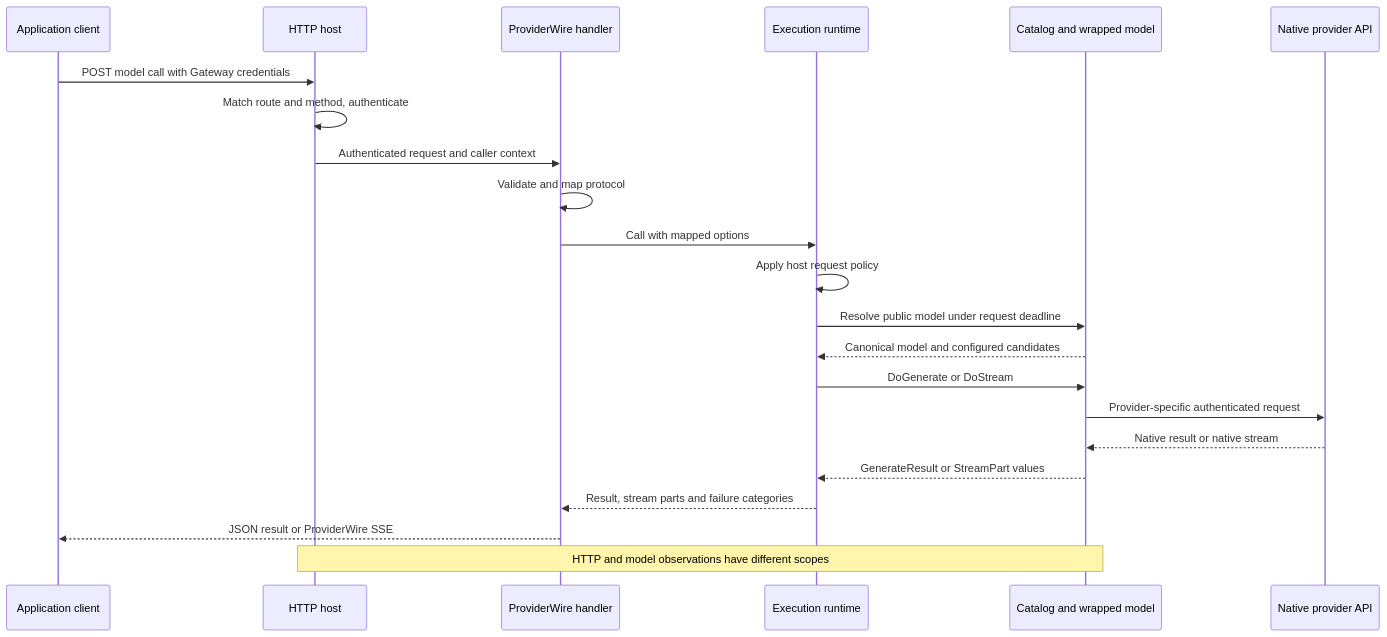
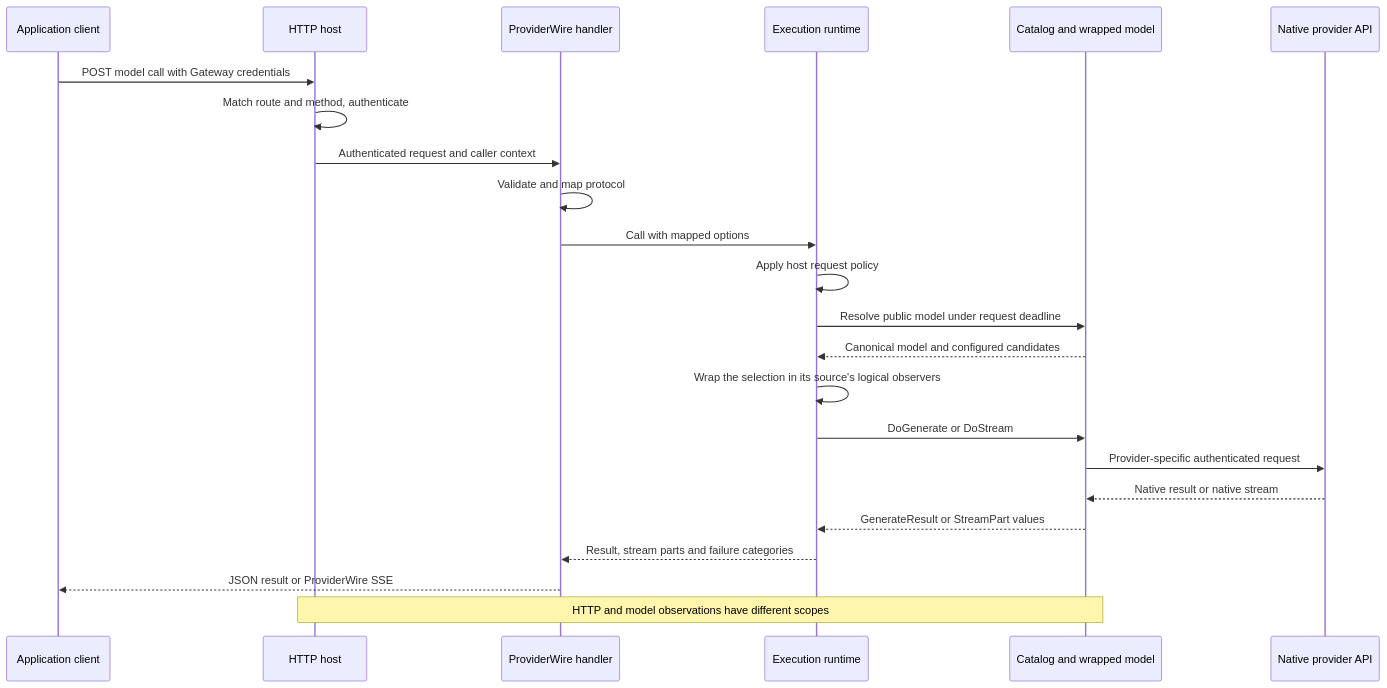
Before and after one commit to grafana/ai-sdk: the second of 3 diagrams in docs/concepts/gateway-architecture.md, drawn with Mermaid. The commit also changed other lines of this file and 32 other files, not shown here.

````diff
--- a/docs/concepts/gateway-architecture.md
+++ b/docs/concepts/gateway-architecture.md
@@ -107,24 +121,25 @@
 ```mermaid
 sequenceDiagram
   participant C as Application client
   participant H as HTTP host
   participant W as ProviderWire handler
   participant R as Execution runtime
   participant M as Catalog and wrapped model
   participant P as Native provider API
   C->>H: POST model call with Gateway credentials
   H->>H: Match route and method, authenticate
   H->>W: Authenticated request and caller context
   W->>W: Validate and map protocol
   W->>R: Call with mapped options
   R->>R: Apply host request policy
   R->>M: Resolve public model under request deadline
   M-->>R: Canonical model and configured candidates
+  R->>R: Wrap the selection in its source's logical observers
   R->>M: DoGenerate or DoStream
   M->>P: Provider-specific authenticated request
   P-->>M: Native result or native stream
   M-->>R: GenerateResult or StreamPart values
   R-->>W: Result, stream parts and failure categories
   W-->>C: JSON result or ProviderWire SSE
   Note over H,M: HTTP and model observations have different scopes
 ```
````
